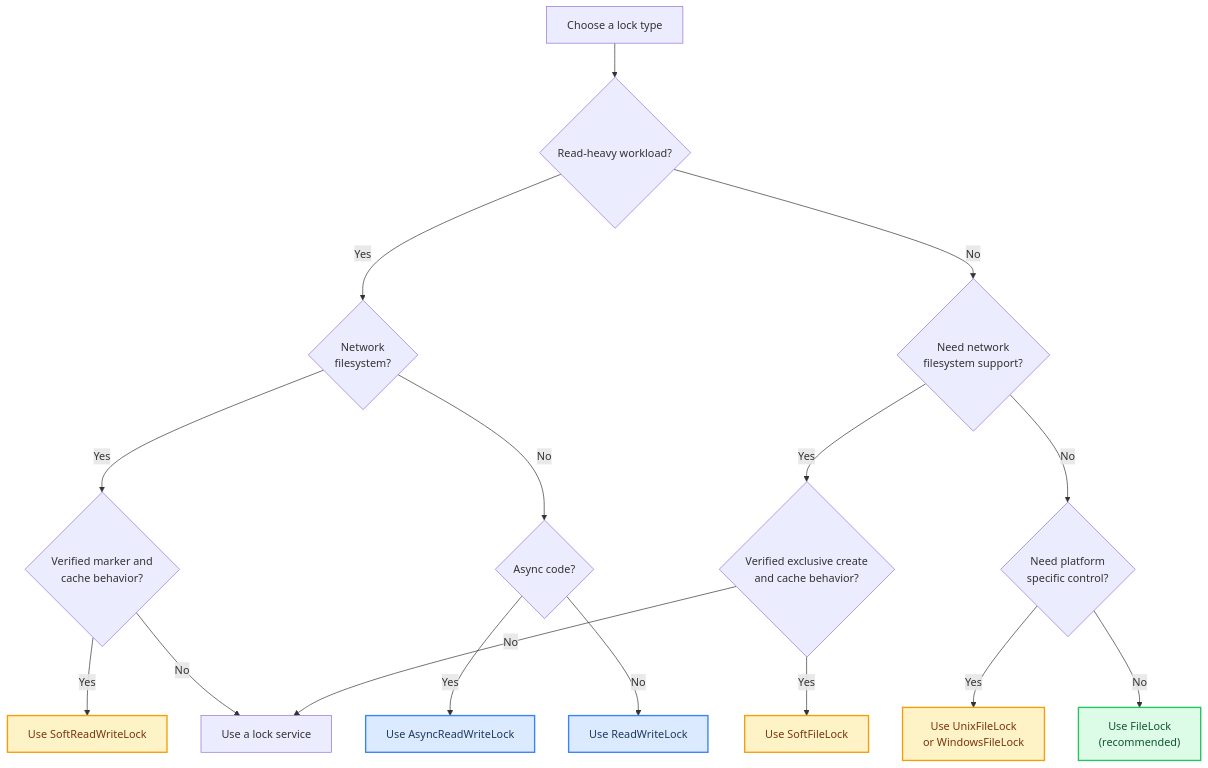
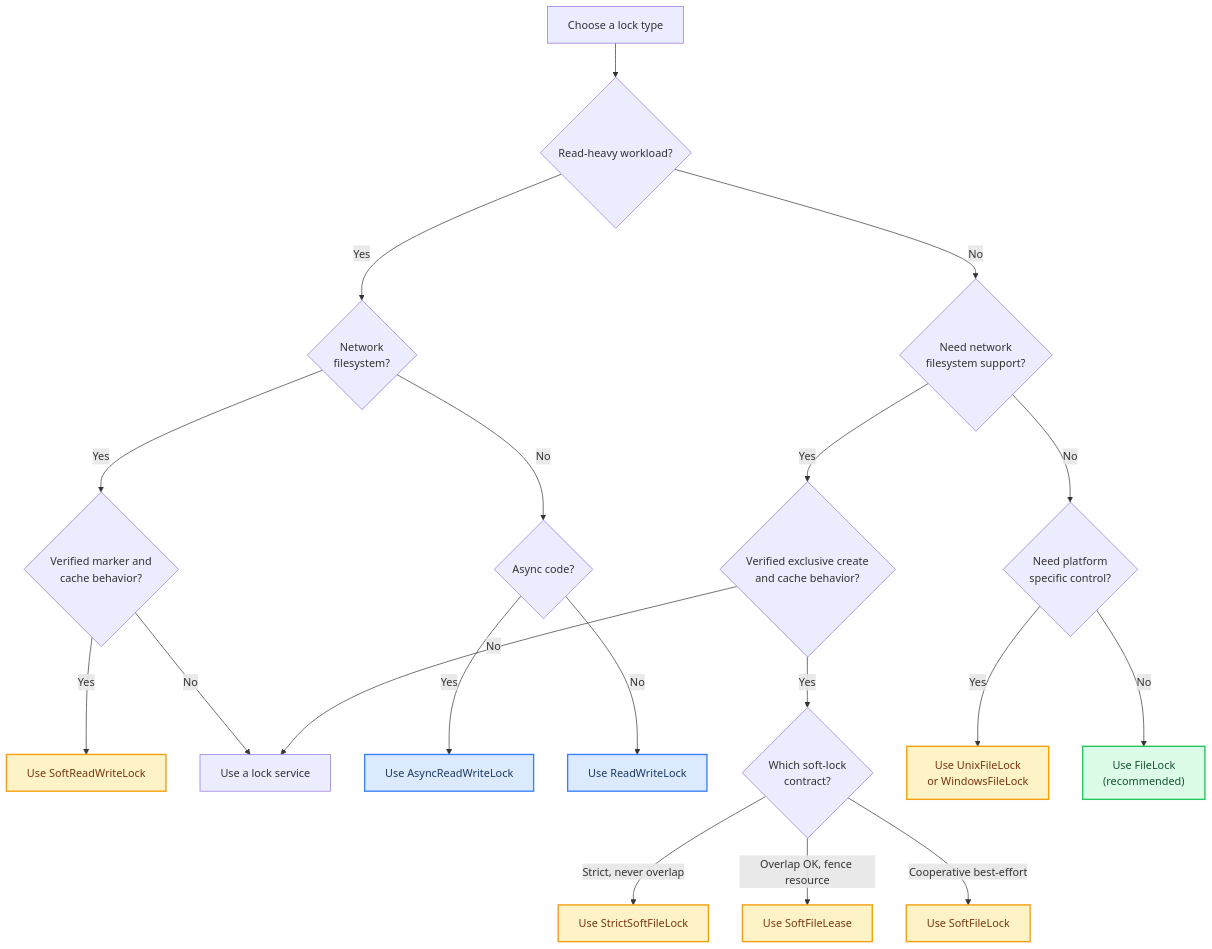
Before and after one commit to tox-dev/filelock: the third of 4 diagrams in docs/concepts.rst, drawn with Mermaid. The commit also changed other lines of this file and 5 other files, not shown here.

```diff
--- a/docs/concepts.rst
+++ b/docs/concepts.rst
@@ -228,25 +241,28 @@
 .. mermaid::
 
     flowchart TD
         start["Choose a lock type"] --> question1{"Read-heavy workload?"}
         question1 -->|Yes| questionRwNet{"Network<br/>filesystem?"}
         questionRwNet -->|Yes| questionRwFs{"Verified marker and<br/>cache behavior?"}
         questionRwFs -->|Yes| srw["Use SoftReadWriteLock"]
         questionRwFs -->|No| service["Use a lock service"]
         questionRwNet -->|No| questionAsync{"Async code?"}
         questionAsync -->|Yes| arw["Use AsyncReadWriteLock"]
         questionAsync -->|No| rw["Use ReadWriteLock"]
         question1 -->|No| question2{"Need network<br/>filesystem support?"}
         question2 -->|Yes| questionSoftFs{"Verified exclusive create<br/>and cache behavior?"}
-        questionSoftFs -->|Yes| soft["Use SoftFileLock"]
         questionSoftFs -->|No| service
+        questionSoftFs -->|Yes| questionContract{"Which soft-lock<br/>contract?"}
+        questionContract -->|"Strict, never overlap"| strict["Use StrictSoftFileLock"]
+        questionContract -->|"Overlap OK, fence resource"| lease["Use SoftFileLease"]
+        questionContract -->|"Cooperative best-effort"| soft["Use SoftFileLock"]
         question2 -->|No| question3{"Need platform<br/>specific control?"}
         question3 -->|Yes| platform["Use UnixFileLock<br/>or WindowsFileLock"]
         question3 -->|No| default["Use FileLock<br/>(recommended)"]
 
         classDef recommended fill:#dcfce7,stroke:#22c55e,stroke-width:2px,color:#14532d
         classDef alternative fill:#fef3c7,stroke:#f59e0b,stroke-width:2px,color:#78350f
         classDef special fill:#dbeafe,stroke:#3b82f6,stroke-width:2px,color:#1e3a5f
         class default recommended
-        class soft,platform,srw alternative
+        class soft,strict,lease,platform,srw alternative
         class rw,arw special
```
